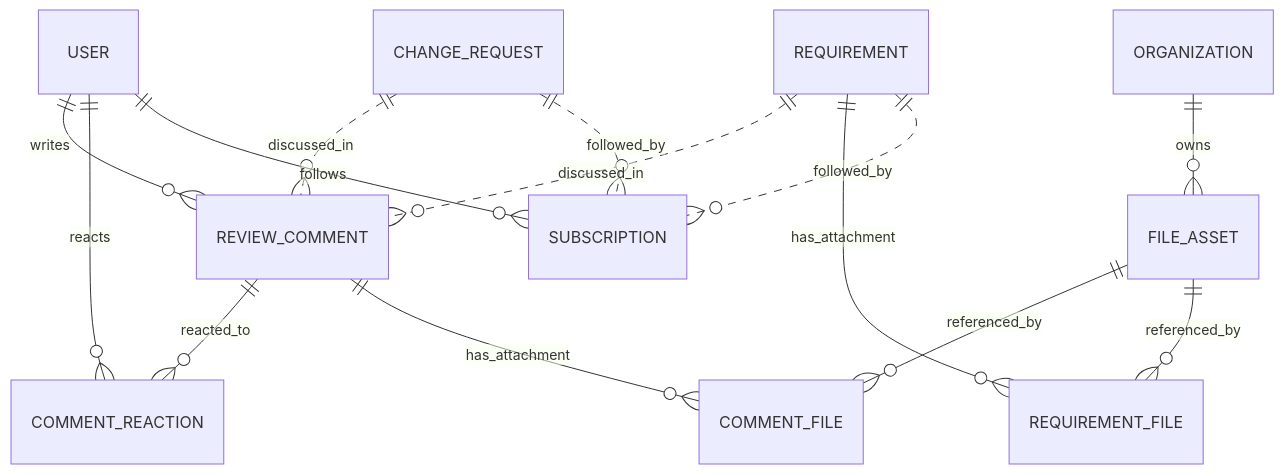
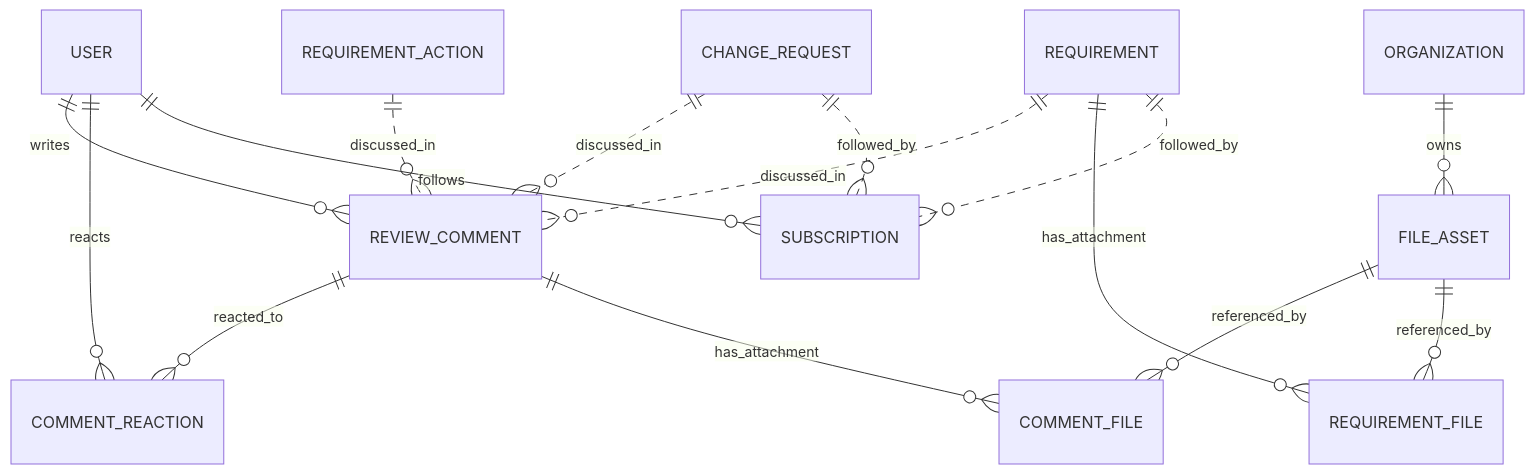
Before and after one commit to ballardr/reqtrackmanager: the sixth of 8 diagrams in docs/solution-architecture.md, drawn with Mermaid. The commit also changed other lines of this file and 74 other files, not shown here.

````diff
--- a/docs/solution-architecture.md
+++ b/docs/solution-architecture.md
@@ -301,16 +323,17 @@
 ```mermaid
 erDiagram
     USER ||--o{ REVIEW_COMMENT : writes
     REQUIREMENT ||..o{ REVIEW_COMMENT : discussed_in
     CHANGE_REQUEST ||..o{ REVIEW_COMMENT : discussed_in
+    REQUIREMENT_ACTION ||..o{ REVIEW_COMMENT : discussed_in
     REVIEW_COMMENT ||--o{ COMMENT_REACTION : reacted_to
     USER ||--o{ COMMENT_REACTION : reacts
     REVIEW_COMMENT ||--o{ COMMENT_FILE : has_attachment
     FILE_ASSET ||--o{ COMMENT_FILE : referenced_by
     REQUIREMENT ||--o{ REQUIREMENT_FILE : has_attachment
     FILE_ASSET ||--o{ REQUIREMENT_FILE : referenced_by
     ORGANIZATION ||--o{ FILE_ASSET : owns
     USER ||--o{ SUBSCRIPTION : follows
     REQUIREMENT ||..o{ SUBSCRIPTION : followed_by
     CHANGE_REQUEST ||..o{ SUBSCRIPTION : followed_by
 ```
````
